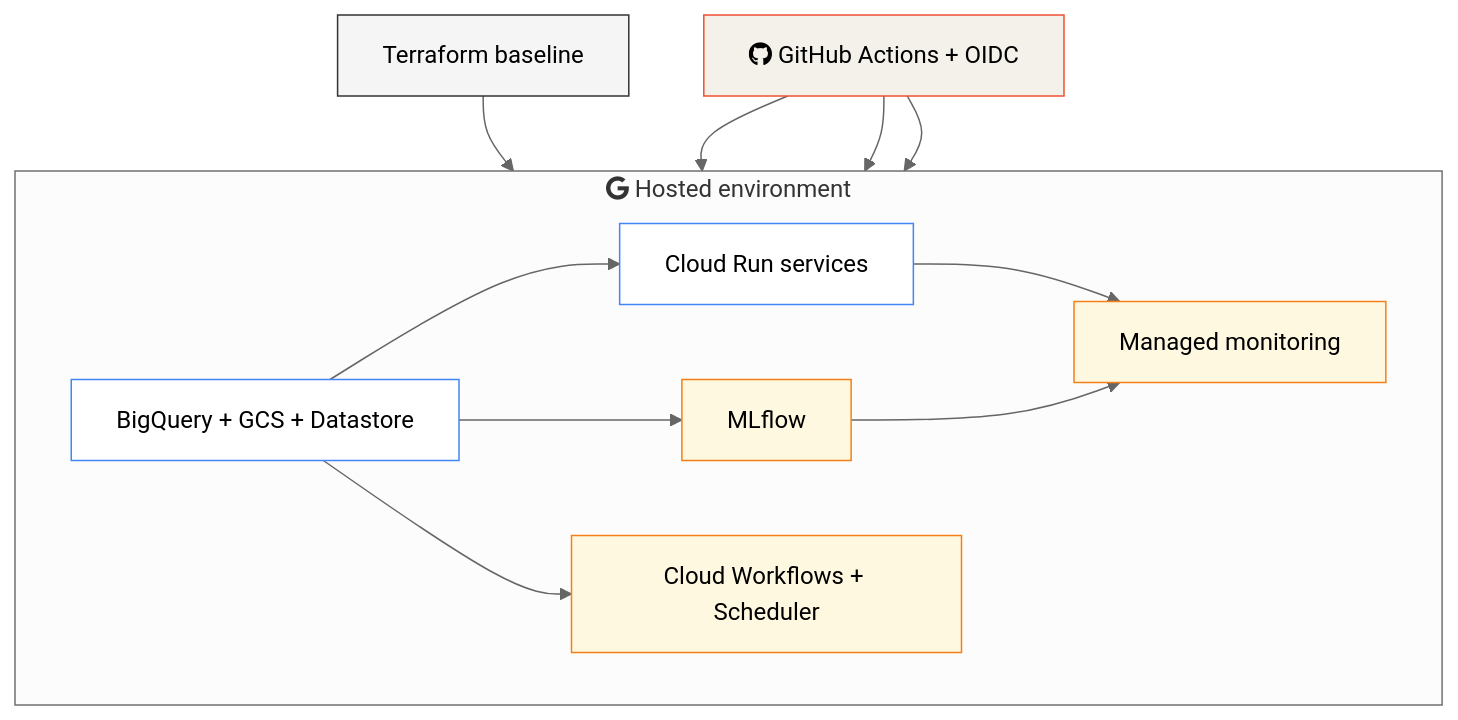
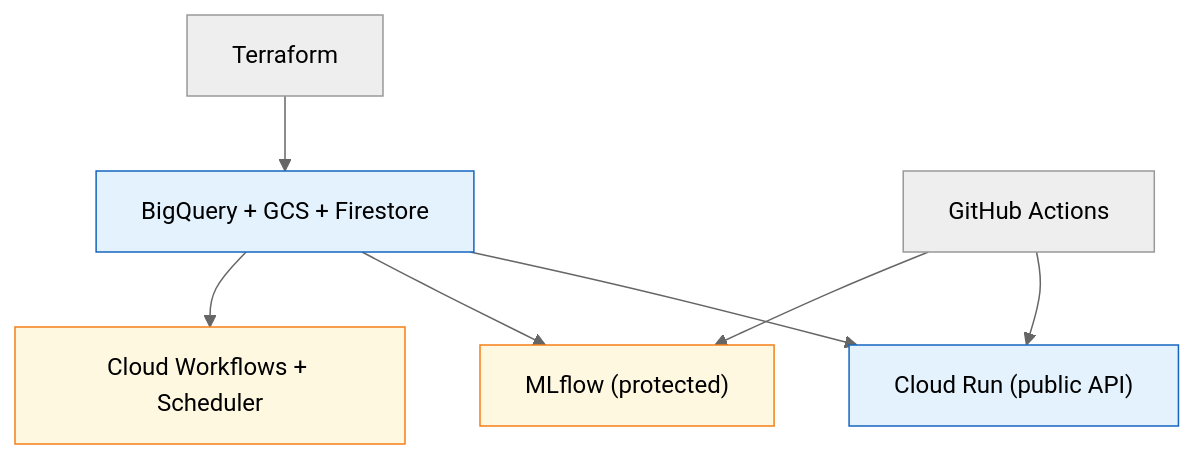
Before and after one commit to javihslu/foehncast: the diagram in docs/site/system/hosted-full-stack.md, drawn with Mermaid (neutral theme). The commit also changed other lines of this file and 12 other files, not shown here.

```diff
--- a/docs/site/system/hosted-full-stack.md
+++ b/docs/site/system/hosted-full-stack.md
@@ -16,29 +7,12 @@
 <div class="mermaid">
 flowchart TD
-    classDef infra fill:#f5f5f5,stroke:#333
-    classDef runner fill:#f4f1ea,stroke:#f05032
-    classDef platform fill:#fff,stroke:#4285F4
+    classDef platform fill:#e3f2fd,stroke:#1565c0
     classDef operator fill:#fff8e1,stroke:#f57f17
 
-    TF["Terraform baseline"]:::infra
-    GH["fab:fa-github GitHub Actions + OIDC"]:::runner
-
-    subgraph GCP ["fab:fa-google Hosted environment"]
-        direction LR
-        DATA["BigQuery + GCS + Datastore"]:::platform
-        RUN["Cloud Run services"]:::platform
-        WF["Cloud Workflows + Scheduler"]:::operator
-        MLF["MLflow"]:::operator
-        MON["Managed monitoring"]:::operator
-    end
-
-    TF --> DATA
-    DATA --> RUN
-    DATA --> MLF
-    DATA --> WF
-    GH --> RUN
+    TF["Terraform"] --> DATA["BigQuery + GCS + Firestore"]:::platform
+    DATA --> RUN["Cloud Run (public API)"]:::platform
+    DATA --> MLF["MLflow (protected)"]:::operator
+    DATA --> WF["Cloud Workflows + Scheduler"]:::operator
+    GH["GitHub Actions"] --> RUN
     GH --> MLF
-    GH --> WF
-    RUN --> MON
-    MLF --> MON
 </div>
```
